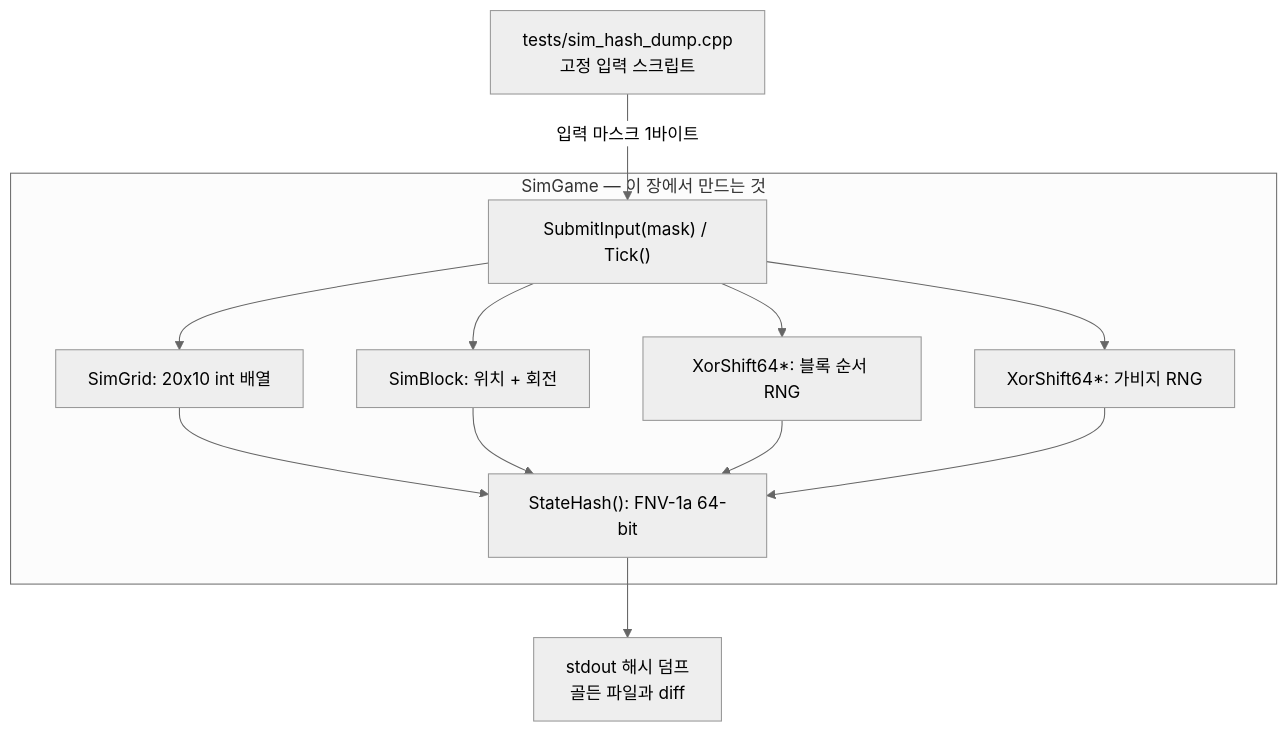
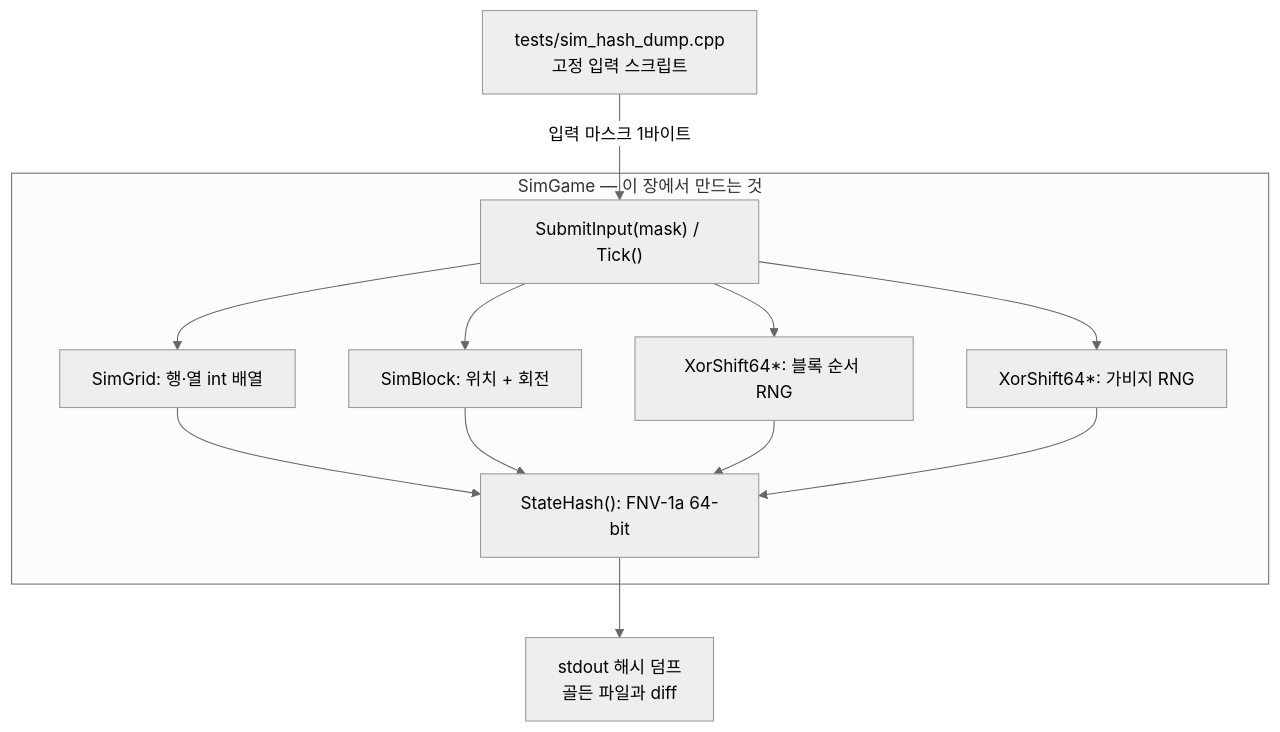
The first of 7 diagrams in docs/blog/part1-deterministic-simulation.md (Rein-ArXiv/Tetris-Multiplayer-RL), drawn with Mermaid (neutral theme) before and after one commit. The commit also changed other lines of this file and 7 other files, not shown here.

````diff
--- a/docs/blog/part1-deterministic-simulation.md
+++ b/docs/blog/part1-deterministic-simulation.md
@@ -36,18 +36,18 @@
 ```mermaid
 graph TB
     T["tests/sim_hash_dump.cpp<br/>고정 입력 스크립트"]
     subgraph SG["SimGame — 이 장에서 만드는 것"]
         D["SubmitInput(mask) / Tick()"]
-        E["SimGrid: 20x10 int 배열"]
+        E["SimGrid: 행·열 int 배열"]
         F["SimBlock: 위치 + 회전"]
         G["XorShift64*: 블록 순서 RNG"]
         G2["XorShift64*: 가비지 RNG"]
         H["StateHash(): FNV-1a 64-bit"]
     end
     OUT["stdout 해시 덤프<br/>골든 파일과 diff"]
 
     T -->|"입력 마스크 1바이트"| D
     D --> E & F & G & G2
     E & F & G & G2 --> H
     H --> OUT
 ```
````
